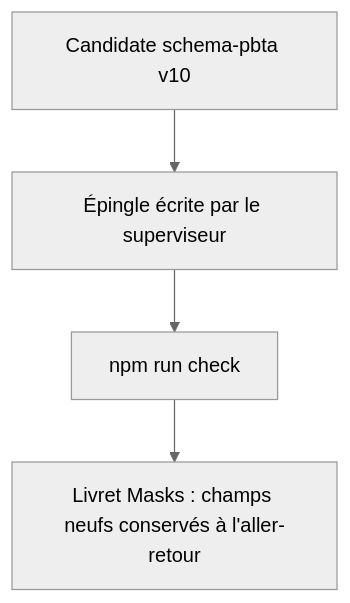
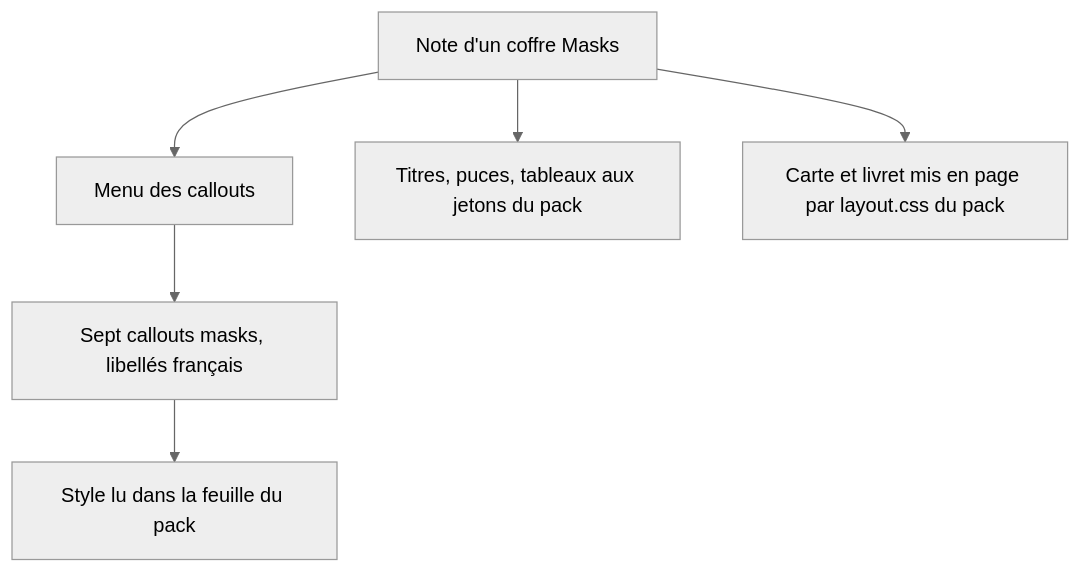
The first of 2 diagrams in aidd_docs/tasks/2026_10/2026_10_07_masks-2e-integration/phase-7.md (RebelliousSmile/obsidian-handbook), drawn with Mermaid (neutral theme) before and after one commit. The commit also changed other lines of this file and 39 other files, not shown here.

````diff
--- a/aidd_docs/tasks/2026_10/2026_10_07_masks-2e-integration/phase-7.md
+++ b/aidd_docs/tasks/2026_10/2026_10_07_masks-2e-integration/phase-7.md
@@ -24,6 +24,8 @@
 ```mermaid
 flowchart TD
-  A[Candidate schema-pbta v10] --> B[Épingle écrite par le superviseur]
-  B --> C[npm run check]
-  C --> D[Livret Masks : champs neufs conservés à l'aller-retour]
+  A[Note d'un coffre Masks] --> B[Menu des callouts]
+  B --> C[Sept callouts masks, libellés français]
+  C --> D[Style lu dans la feuille du pack]
+  A --> E[Titres, puces, tableaux aux jetons du pack]
+  A --> F[Carte et livret mis en page par layout.css du pack]
 ```
````
